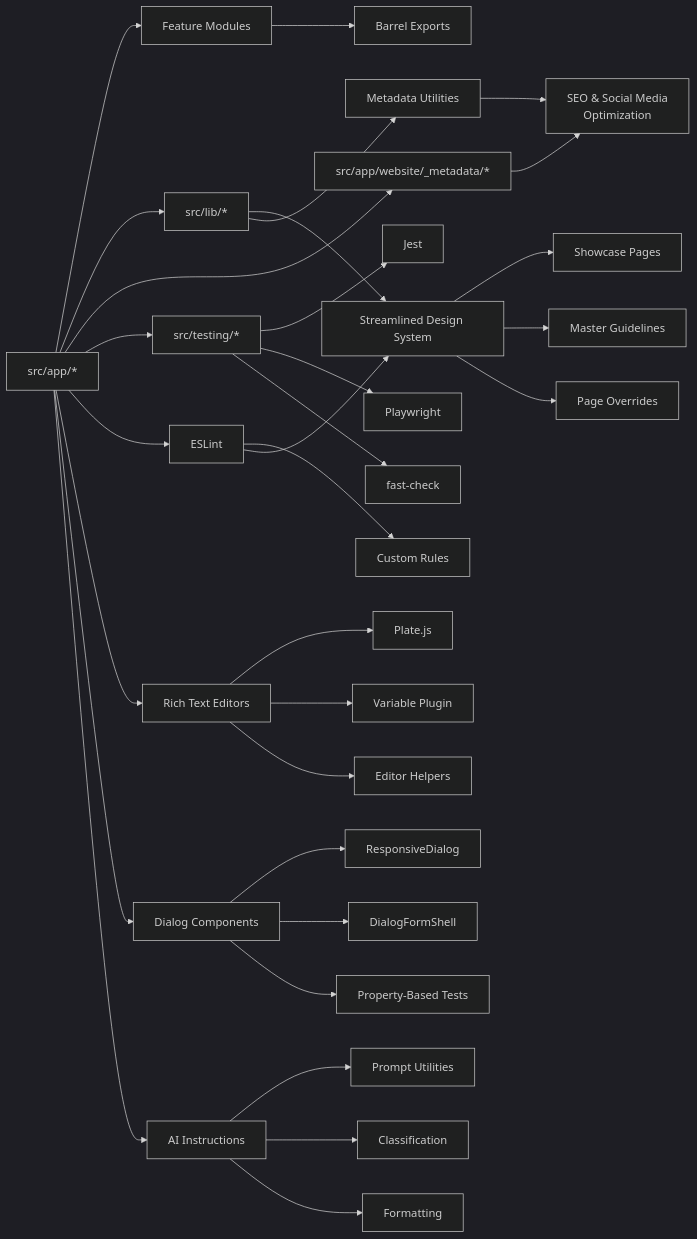
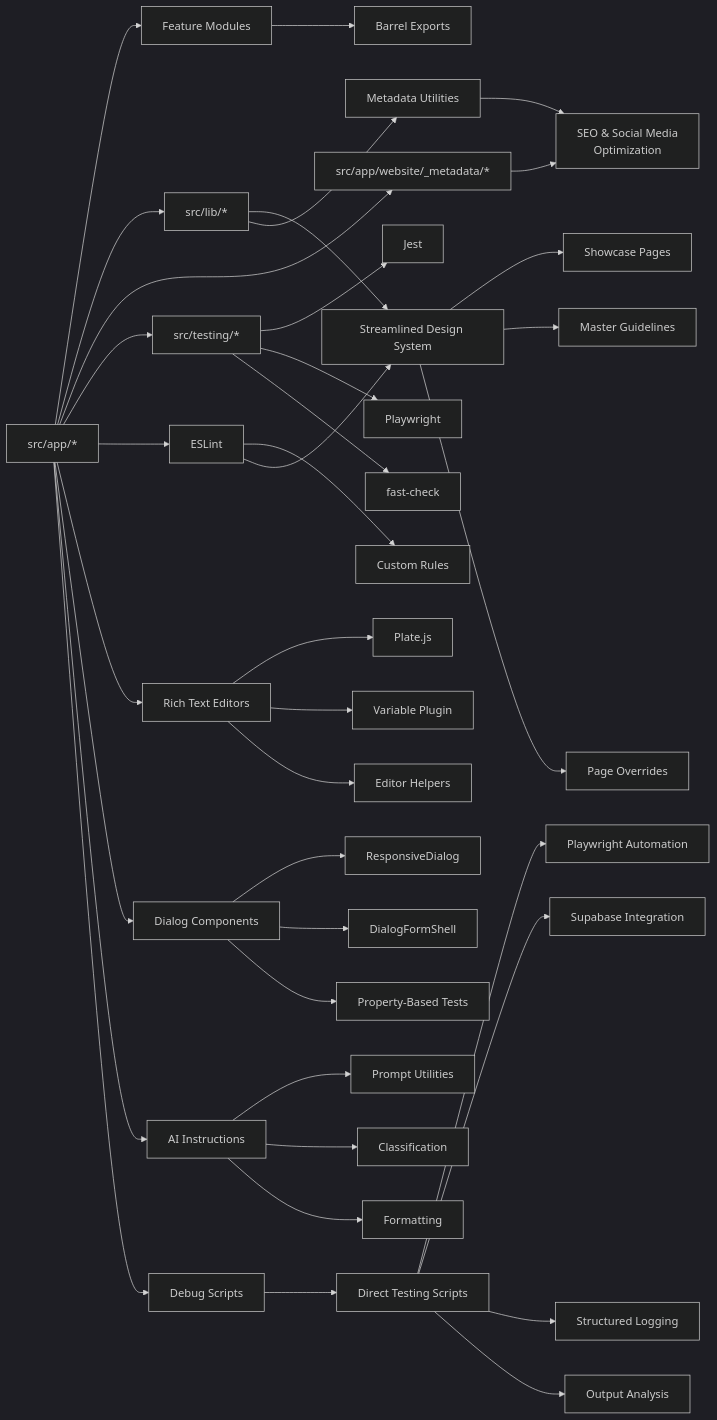
One commit to SinesysTech/zattar-os changed diagram 21 of 21 in .qoder/repowiki/en/content/Development Guide/Development Guide.md. Above: the diagram before and after it, drawn with Mermaid (dark theme). The commit also changed other lines of this file and 14 other files, not shown here.

````diff
--- a/.qoder/repowiki/en/content/Development Guide/Development Guide.md
+++ b/.qoder/repowiki/en/content/Development Guide/Development Guide.md
@@ -1199,33 +1411,39 @@
 ```mermaid
 graph LR
 App["src/app/*"] --> Features["Feature Modules"]
 Features --> Barrel["Barrel Exports"]
 App --> Lib["src/lib/*"]
 App --> Metadata["src/app/website/_metadata/*"]
 App --> Testing["src/testing/*"]
 Testing --> Jest["Jest"]
 Testing --> PW["Playwright"]
 Testing --> FC["fast-check"]
 App --> ESL["ESLint"]
 ESL --> Rules["Custom Rules"]
 ESL --> DS["Streamlined Design System"]
 DS --> Showcase["Showcase Pages"]
 Lib --> DS
 Lib --> MetadataUtils["Metadata Utilities"]
 Metadata --> SEO["SEO & Social Media<br/>Optimization"]
 MetadataUtils --> SEO
 DS --> Master["Master Guidelines"]
 DS --> Pages["Page Overrides"]
 App --> Editors["Rich Text Editors"]
 Editors --> Plate["Plate.js"]
 Editors --> Variables["Variable Plugin"]
 Editors --> Helpers["Editor Helpers"]
 App --> Dialogs["Dialog Components"]
 Dialogs --> Responsive["ResponsiveDialog"]
 Dialogs --> FormShell["DialogFormShell"]
 Dialogs --> PBTests["Property-Based Tests"]
 App --> AI["AI Instructions"]
 AI --> PromptUtils["Prompt Utilities"]
 AI --> Classification["Classification"]
 AI --> Formatting["Formatting"]
+App --> DebugScripts["Debug Scripts"]
+DebugScripts --> DirectTesting["Direct Testing Scripts"]
+DirectTesting --> Playwright["Playwright Automation"]
+DirectTesting --> Supabase["Supabase Integration"]
+DirectTesting --> StructuredLogging["Structured Logging"]
+DirectTesting --> OutputAnalysis["Output Analysis"]
 ```
````
